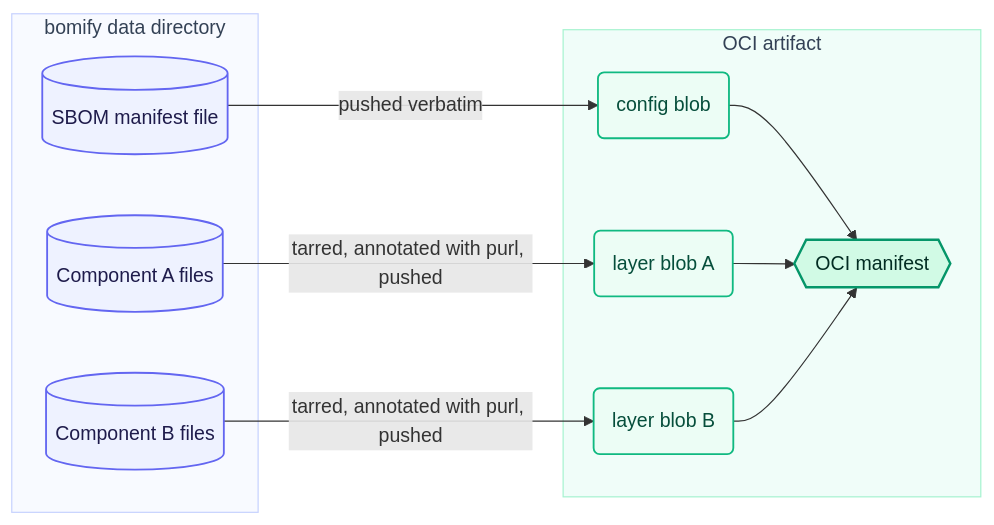
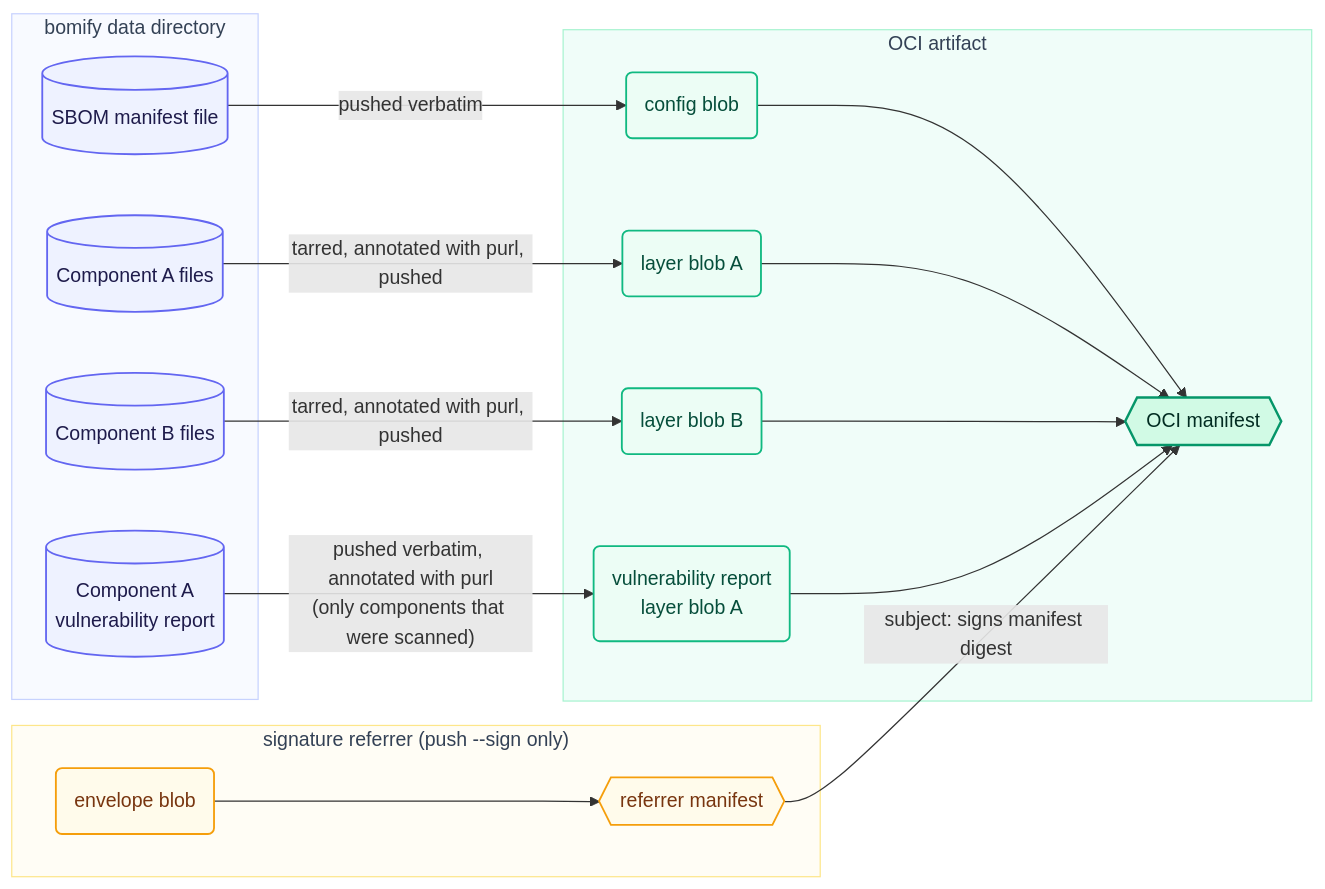
The diagram in docs/diagrams/oci-artifact.mmd (alejandro-velasco/bomify), drawn with Mermaid before and after one commit. The commit also changed 81 other files, not shown here.

First line of the commit message:
feat(signing): sign packages on push/save and verify them on pull/load (#36)

```diff
--- a/docs/diagrams/oci-artifact.mmd
+++ b/docs/diagrams/oci-artifact.mmd
@@ -1,30 +1,44 @@
 flowchart LR
     classDef local fill:#EEF2FF,stroke:#6366F1,stroke-width:1.5px,color:#1e1b4b
     classDef oci fill:#ECFDF5,stroke:#10B981,stroke-width:1.5px,color:#064e3b
     classDef ociFinal fill:#D1FAE5,stroke:#059669,stroke-width:2px,color:#022c22
+    classDef sig fill:#FFFBEB,stroke:#F59E0B,stroke-width:1.5px,color:#78350f
 
     subgraph Local["bomify data directory"]
         SBOM[("SBOM manifest file")]
         C1[("Component A files")]
         C2[("Component B files")]
+        V1[("Component A<br/>vulnerability report")]
     end
 
     subgraph OCI["OCI artifact"]
         Config("config blob")
         Layer1("layer blob A")
         Layer2("layer blob B")
+        Vuln1("vulnerability report<br/>layer blob A")
         Manifest{{"OCI manifest"}}
+    end
+
+    subgraph Referrer["signature referrer (push --sign only)"]
+        Envelope("envelope blob")
+        SigManifest{{"referrer manifest"}}
     end
 
     SBOM -- "pushed verbatim" --> Config
     C1 -- "tarred, annotated with purl, pushed" --> Layer1
     C2 -- "tarred, annotated with purl, pushed" --> Layer2
+    V1 -- "pushed verbatim, annotated with purl<br/>(only components that were scanned)" --> Vuln1
     Config --> Manifest
     Layer1 --> Manifest
     Layer2 --> Manifest
+    Vuln1 --> Manifest
+    Envelope --> SigManifest
+    SigManifest -- "subject: signs manifest digest" --> Manifest
 
-    class SBOM,C1,C2 local
-    class Config,Layer1,Layer2 oci
+    class SBOM,C1,C2,V1 local
+    class Config,Layer1,Layer2,Vuln1 oci
     class Manifest ociFinal
+    class Envelope,SigManifest sig
     style Local fill:#F8FAFF,stroke:#C7D2FE,stroke-width:1px,color:#334155
     style OCI fill:#F0FDF9,stroke:#A7F3D0,stroke-width:1px,color:#334155
+    style Referrer fill:#FFFDF5,stroke:#FDE68A,stroke-width:1px,color:#334155
```
